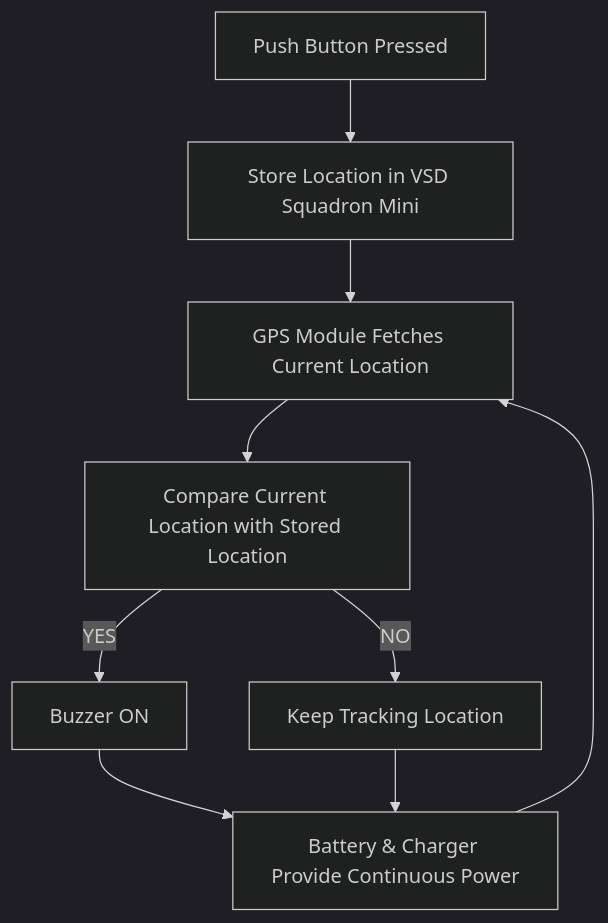
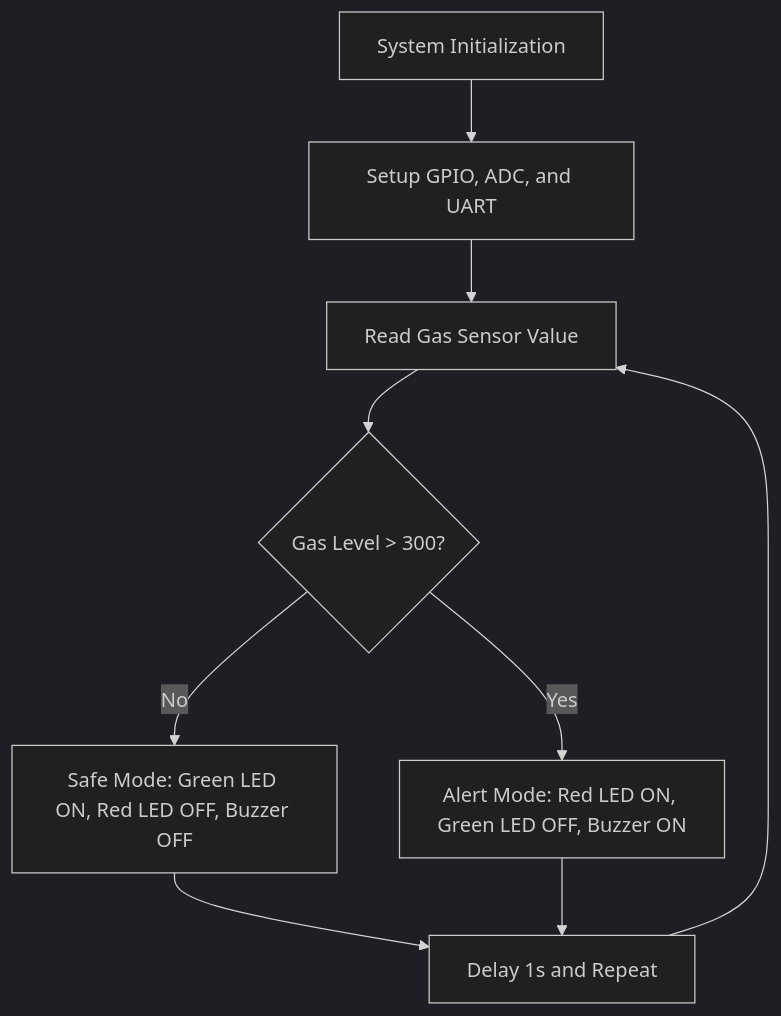
One commit to Vindyagir/samsung-riscv changed the diagram in README.md. Above: the diagram before and after it, drawn with Mermaid (dark theme). The commit also changed other lines of this file, not shown here.

````diff
--- a/README.md
+++ b/README.md
@@ -592,12 +592,14 @@
 ```mermaid
 graph TD;
-    P[Push Button Pressed] --> M[Store Location in VSD Squadron Mini];
-    M --> G[GPS Module Fetches Current Location];
-    G --> C[Compare Current Location with Stored Location];
+    A[System Initialization] --> B[Setup GPIO, ADC, and UART]
+    B --> C[Read Gas Sensor Value]
+    C --> D{Gas Level > 300?}
 
-    C -- YES --> B[Buzzer ON];
-    C -- NO --> T[Keep Tracking Location];
-    B --> PWR[Battery & Charger Provide Continuous Power] ;
-    T --> PWR;
-    PWR --> G;
+    D -- No --> E[Safe Mode: Green LED ON, Red LED OFF, Buzzer OFF]
+    D -- Yes --> F[Alert Mode: Red LED ON, Green LED OFF, Buzzer ON]
+
+    E --> G[Delay 1s and Repeat]
+    F --> G[Delay 1s and Repeat]
+    G --> C
+
 ```
````
